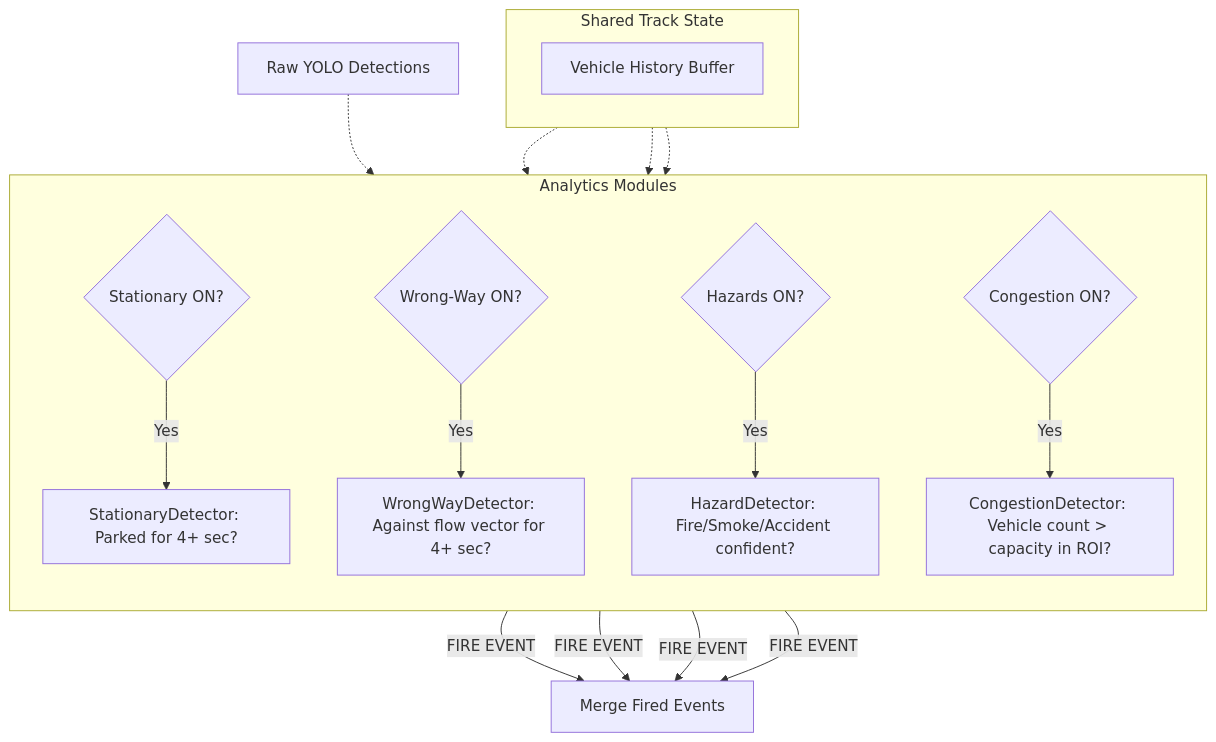
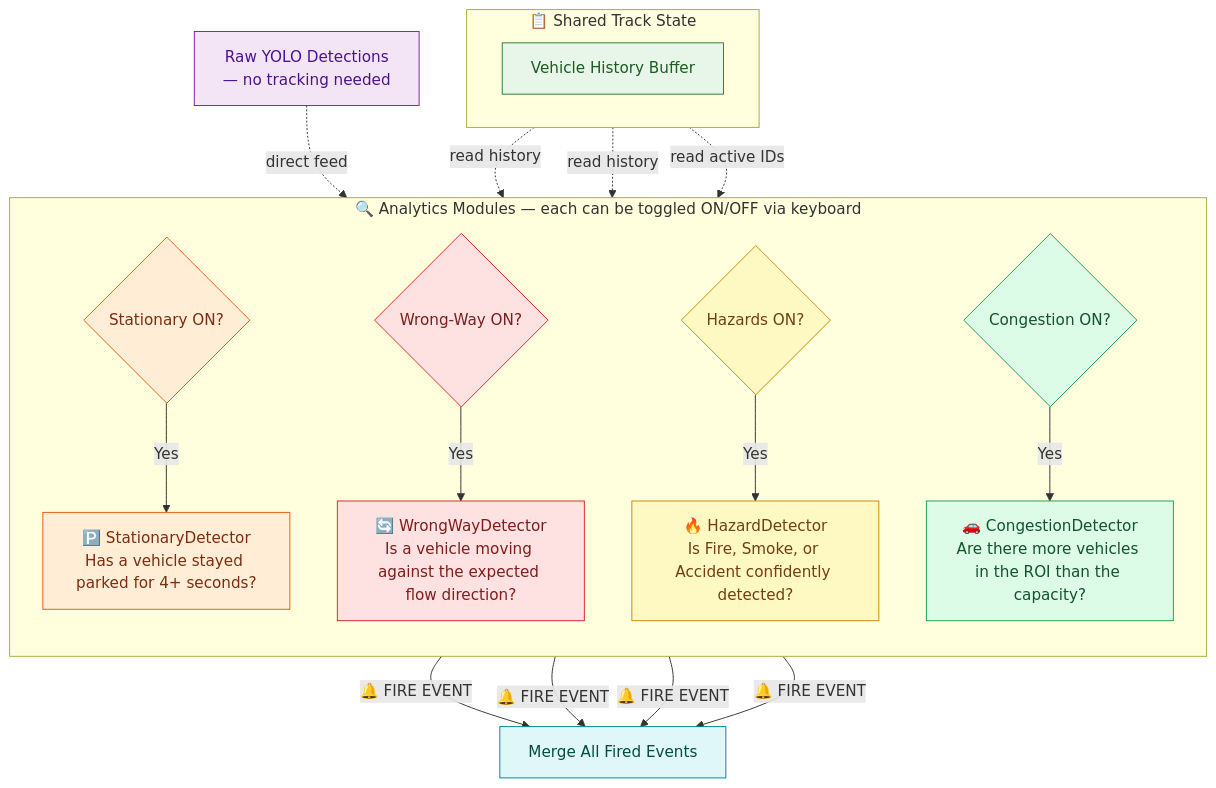
One commit to Yuvrajtakk/Traffic_Analysis_YOLO_project changed the second of 5 diagrams in PROJECT_FLOWCHART.md. Above: the diagram before and after it, drawn with Mermaid. The commit also changed other lines of this file and 1 other file, not shown here.

Commit message:
Enhance README.md with detailed project flow, installation instructions, and outputs. Add sequence diagram for main loop processing. Update performance metrics and limitations sections. Include project structure and tech stack for better clarity.

````diff
--- a/PROJECT_FLOWCHART.md
+++ b/PROJECT_FLOWCHART.md
@@ -59,41 +74,54 @@
 ```mermaid
 flowchart TD
-    %% ═════════════════════ TRACK MANAGER ═════════════════════
-    subgraph TRK["Shared Track State"]
+    subgraph TRK["📋 Shared Track State"]
     direction LR
         TM_HIST["Vehicle History Buffer"]
     end
 
-    %% ═════════════════════ ANALYTICS MODULES ═════════════════════
-    subgraph ANA["Analytics Modules"]
+    subgraph ANA["🔍 Analytics Modules — each can be toggled ON/OFF via keyboard"]
     direction TB
         M_GATE_S{"Stationary ON?"}
-        S_CHECK["StationaryDetector: Parked for 4+ sec?"]
-        
+        S_CHECK["🅿️ StationaryDetector<br>Has a vehicle stayed parked for 4+ seconds?"]
+
         M_GATE_W{"Wrong-Way ON?"}
-        W_CHECK["WrongWayDetector: Against flow vector for 4+ sec?"]
-        
+        W_CHECK["🔄 WrongWayDetector<br>Is a vehicle moving against the expected flow direction?"]
+
         M_GATE_H{"Hazards ON?"}
-        H_CHECK["HazardDetector: Fire/Smoke/Accident confident?"]
-        
+        H_CHECK["🔥 HazardDetector<br>Is Fire, Smoke, or Accident confidently detected?"]
+
         M_GATE_C{"Congestion ON?"}
-        C_CHECK["CongestionDetector: Vehicle count > capacity in ROI?"]
+        C_CHECK["🚗 CongestionDetector<br>Are there more vehicles in the ROI than the capacity?"]
     end
 
-    TM_HIST -.-> S_CHECK
-    TM_HIST -.-> W_CHECK
-    TM_HIST -.-> C_CHECK
-    
-    %% Raw detections bypass TM
-    RAW["Raw YOLO Detections"] -.-> H_CHECK
+    RAW["Raw YOLO Detections<br>— no tracking needed"] -.->|"direct feed"| H_CHECK
+
+    TM_HIST -.->|"read history"| S_CHECK
+    TM_HIST -.->|"read history"| W_CHECK
+    TM_HIST -.->|"read active IDs"| C_CHECK
 
     M_GATE_S -->|"Yes"| S_CHECK
     M_GATE_W -->|"Yes"| W_CHECK
     M_GATE_H -->|"Yes"| H_CHECK
     M_GATE_C -->|"Yes"| C_CHECK
-    
-    S_CHECK -->|"FIRE EVENT"| MERGE["Merge Fired Events"]
-    W_CHECK -->|"FIRE EVENT"| MERGE
-    H_CHECK -->|"FIRE EVENT"| MERGE
-    C_CHECK -->|"FIRE EVENT"| MERGE
+
+    S_CHECK -->|"🔔 FIRE EVENT"| MERGE["Merge All Fired Events"]
+    W_CHECK -->|"🔔 FIRE EVENT"| MERGE
+    H_CHECK -->|"🔔 FIRE EVENT"| MERGE
+    C_CHECK -->|"🔔 FIRE EVENT"| MERGE
+
+    classDef trkC fill:#E8F5E9,stroke:#2E7D32,color:#1B5E20
+    classDef staC fill:#FFEDD5,stroke:#EA580C,color:#7C2D12
+    classDef wwC fill:#FEE2E2,stroke:#DC2626,color:#7F1D1D
+    classDef hazC fill:#FEF9C3,stroke:#CA8A04,color:#713F12
+    classDef conC fill:#DCFCE7,stroke:#16A34A,color:#14532D
+    classDef rawC fill:#F3E5F5,stroke:#7B1FA2,color:#4A148C
+    classDef mergeC fill:#E0F7FA,stroke:#00838F,color:#004D40
+
+    class TM_HIST trkC
+    class M_GATE_S,S_CHECK staC
+    class M_GATE_W,W_CHECK wwC
+    class M_GATE_H,H_CHECK hazC
+    class M_GATE_C,C_CHECK conC
+    class RAW rawC
+    class MERGE mergeC
 ```
````
